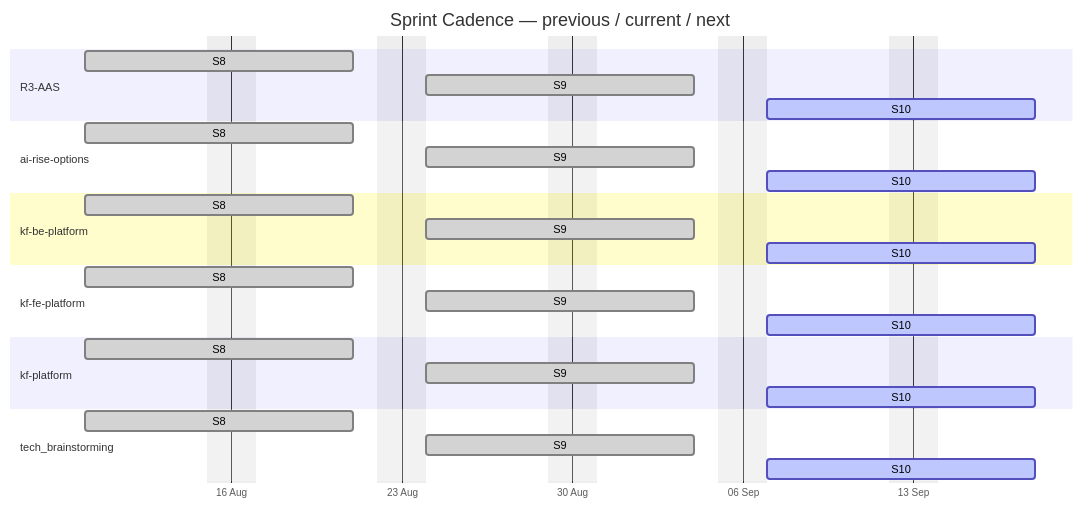
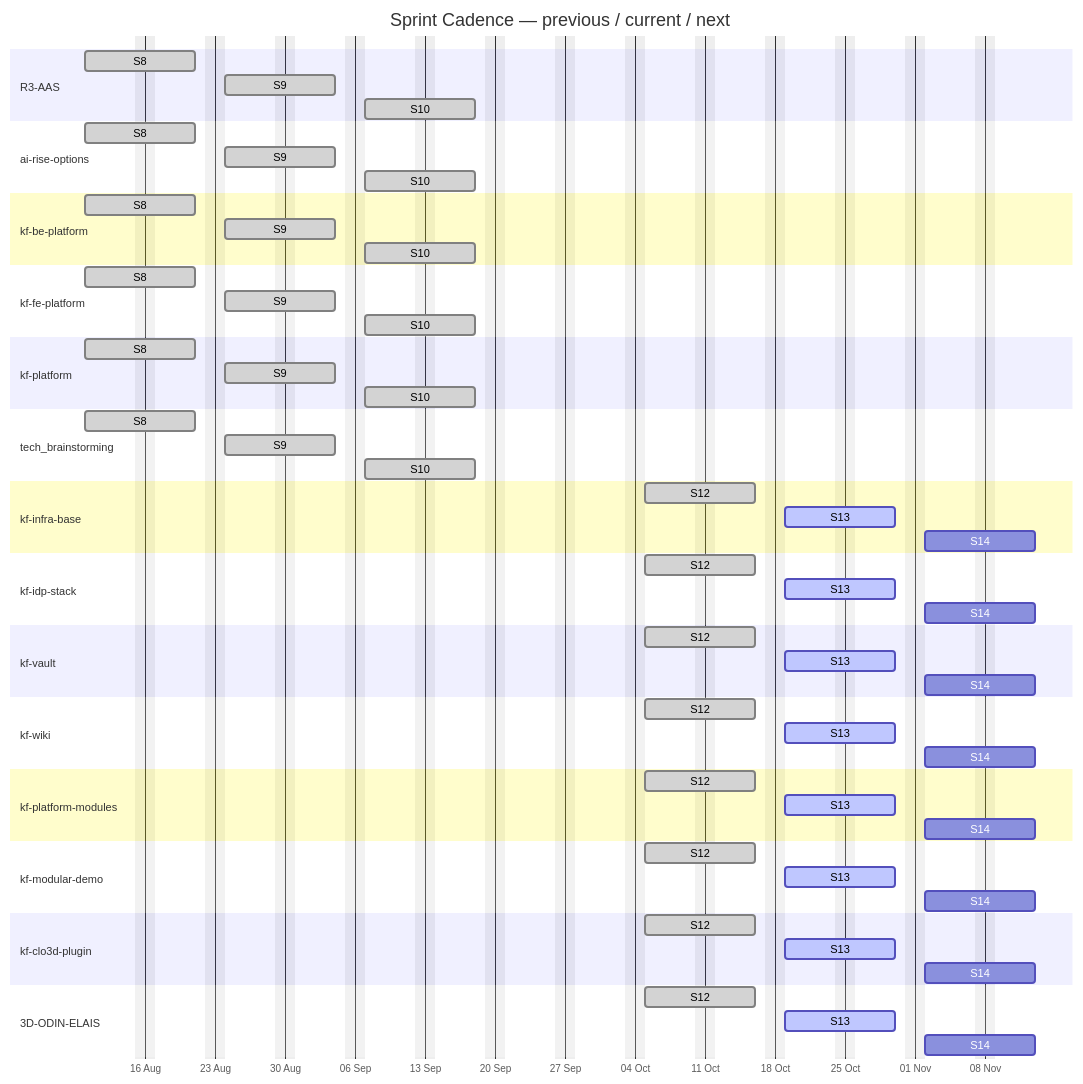
The first of 4 diagrams in docs/agile-sprints.md (Katty-Fashion/kf-cpto), drawn with Mermaid before and after one commit. The commit also changed other lines of this file and 36 other files, not shown here.

````diff
--- a/docs/agile-sprints.md
+++ b/docs/agile-sprints.md
@@ -12,32 +12,64 @@
 ```mermaid
 gantt
     title Sprint Cadence — previous / current / next
     dateFormat YYYY-MM-DD
     axisFormat %d %b
     excludes weekends
 
     section R3-AAS
     S8 :done, 2026-08-10, 2026-08-21
     S9 :done, 2026-08-24, 2026-09-04
-    S10 :active, 2026-09-07, 2026-09-18
+    S10 :done, 2026-09-07, 2026-09-18
     section ai-rise-options
     S8 :done, 2026-08-10, 2026-08-21
     S9 :done, 2026-08-24, 2026-09-04
-    S10 :active, 2026-09-07, 2026-09-18
+    S10 :done, 2026-09-07, 2026-09-18
     section kf-be-platform
     S8 :done, 2026-08-10, 2026-08-21
     S9 :done, 2026-08-24, 2026-09-04
-    S10 :active, 2026-09-07, 2026-09-18
+    S10 :done, 2026-09-07, 2026-09-18
     section kf-fe-platform
     S8 :done, 2026-08-10, 2026-08-21
     S9 :done, 2026-08-24, 2026-09-04
-    S10 :active, 2026-09-07, 2026-09-18
+    S10 :done, 2026-09-07, 2026-09-18
     section kf-platform
     S8 :done, 2026-08-10, 2026-08-21
     S9 :done, 2026-08-24, 2026-09-04
-    S10 :active, 2026-09-07, 2026-09-18
+    S10 :done, 2026-09-07, 2026-09-18
     section tech_brainstorming
     S8 :done, 2026-08-10, 2026-08-21
     S9 :done, 2026-08-24, 2026-09-04
-    S10 :active, 2026-09-07, 2026-09-18
+    S10 :done, 2026-09-07, 2026-09-18
+    section kf-infra-base
+    S12 :done, 2026-10-05, 2026-10-16
+    S13 :active, 2026-10-19, 2026-10-30
+    S14 :2026-11-02, 2026-11-13
+    section kf-idp-stack
+    S12 :done, 2026-10-05, 2026-10-16
+    S13 :active, 2026-10-19, 2026-10-30
+    S14 :2026-11-02, 2026-11-13
+    section kf-vault
+    S12 :done, 2026-10-05, 2026-10-16
+    S13 :active, 2026-10-19, 2026-10-30
+    S14 :2026-11-02, 2026-11-13
+    section kf-wiki
+    S12 :done, 2026-10-05, 2026-10-16
+    S13 :active, 2026-10-19, 2026-10-30
+    S14 :2026-11-02, 2026-11-13
+    section kf-platform-modules
+    S12 :done, 2026-10-05, 2026-10-16
+    S13 :active, 2026-10-19, 2026-10-30
+    S14 :2026-11-02, 2026-11-13
+    section kf-modular-demo
+    S12 :done, 2026-10-05, 2026-10-16
+    S13 :active, 2026-10-19, 2026-10-30
+    S14 :2026-11-02, 2026-11-13
+    section kf-clo3d-plugin
+    S12 :done, 2026-10-05, 2026-10-16
+    S13 :active, 2026-10-19, 2026-10-30
+    S14 :2026-11-02, 2026-11-13
+    section 3D-ODIN-ELAIS
+    S12 :done, 2026-10-05, 2026-10-16
+    S13 :active, 2026-10-19, 2026-10-30
+    S14 :2026-11-02, 2026-11-13
 ```
````
